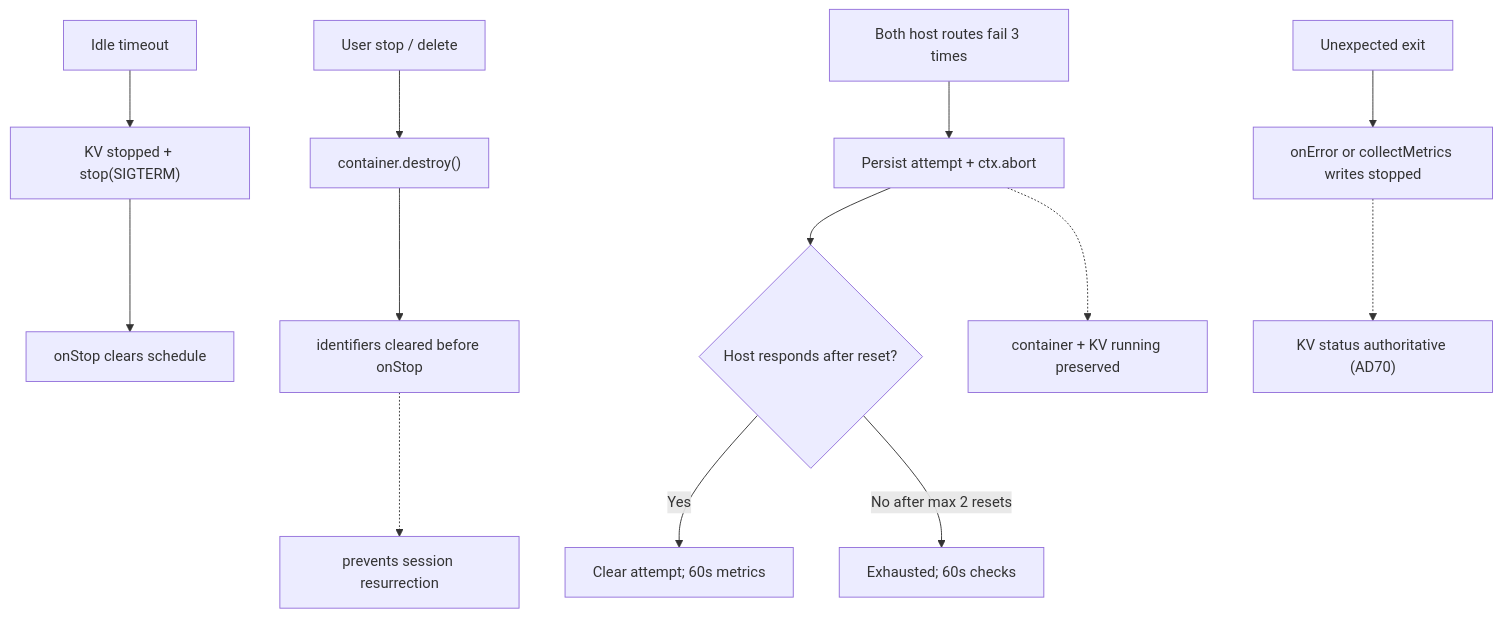
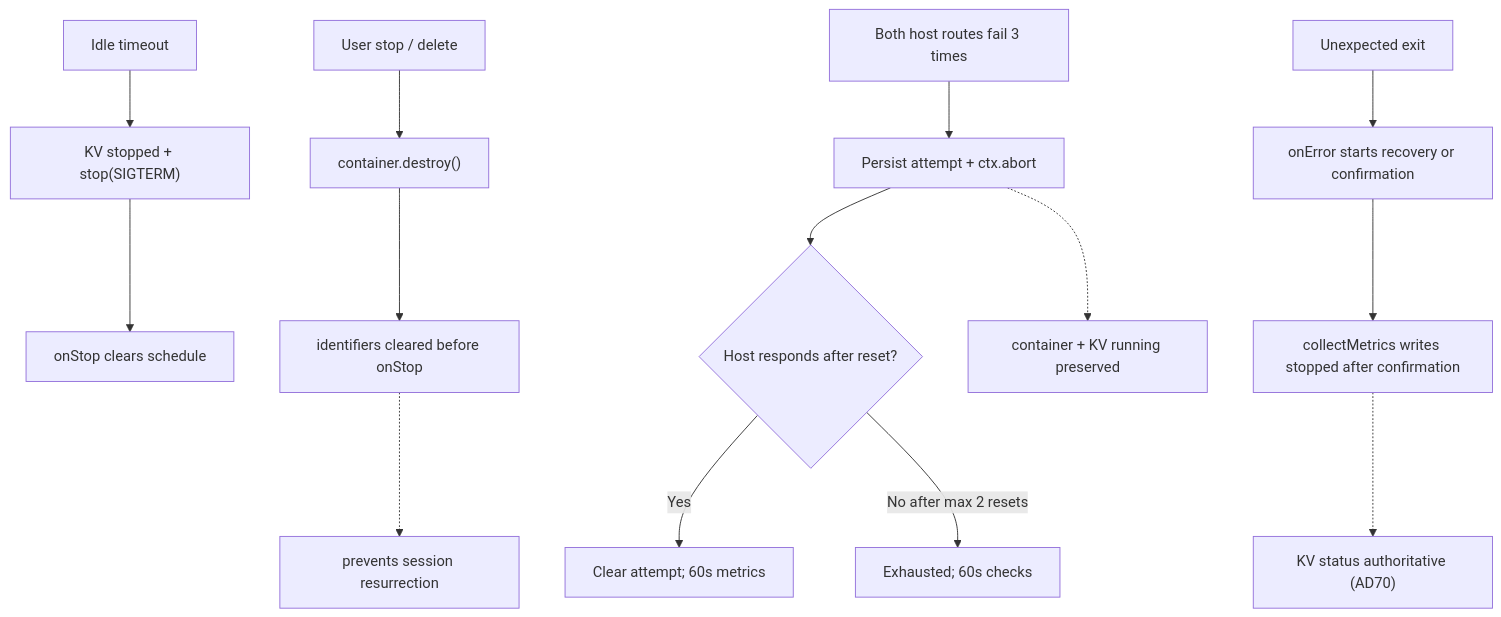
One commit to nikolanovoselec/codeflare changed the fifth of 11 diagrams in documentation/lanes/architecture.md. Above: the diagram before and after it, drawn with Mermaid. The commit also changed other lines of this file and 118 other files, not shown here.

````diff
--- a/documentation/lanes/architecture.md
+++ b/documentation/lanes/architecture.md
@@ -525,15 +538,16 @@
 ```mermaid
 flowchart TD
     I1["Idle timeout"] --> I2["KV stopped + stop(SIGTERM)"]
     I2 --> I3["onStop clears schedule"]
     U1["User stop / delete"] --> U2["container.destroy()"]
     U2 --> U3["identifiers cleared before onStop"]
     R1["Both host routes fail 3 times"] --> R2["Persist attempt + ctx.abort"]
     R2 --> R3{"Host responds after reset?"}
     R3 -->|"Yes"| A["Clear attempt; 60s metrics"]
     R3 -->|"No after max 2 resets"| E["Exhausted; 60s checks"]
-    X1["Unexpected exit"] --> X2["onError or collectMetrics writes stopped"]
+    X1["Unexpected exit"] --> X2["onError starts recovery or confirmation"]
+    X2 --> X3["collectMetrics writes stopped after confirmation"]
     U3 -.-> K["prevents session resurrection"]
     R2 -.-> P["container + KV running preserved"]
-    X2 -.-> B["KV status authoritative (AD70)"]
+    X3 -.-> B["KV status authoritative (AD70)"]
 ```
````
